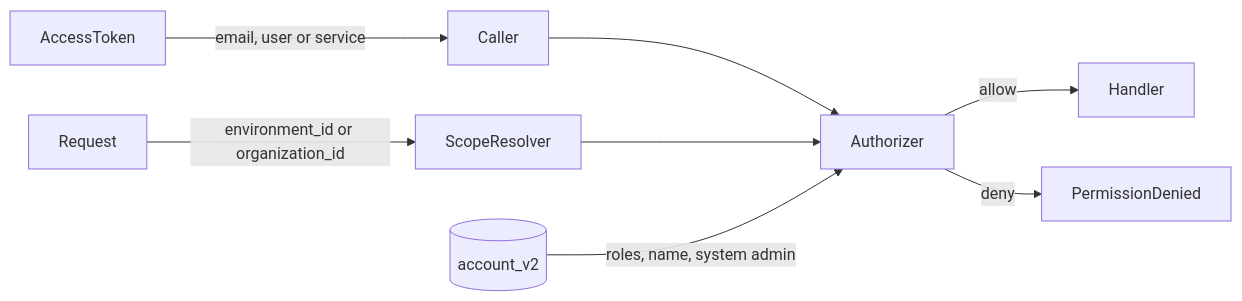
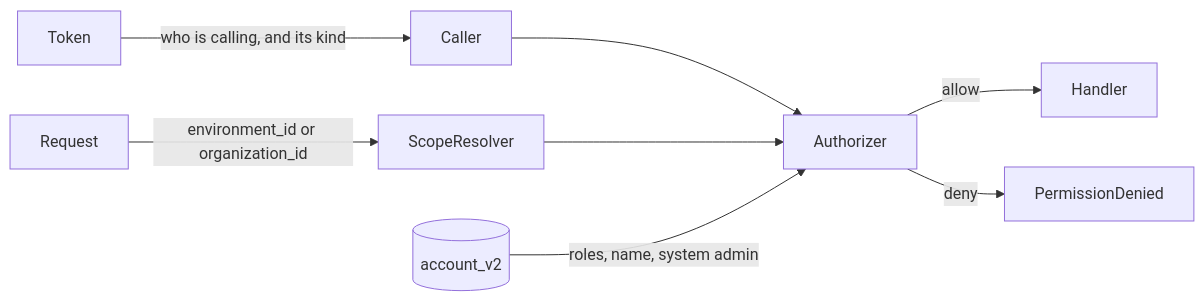
Before and after one commit to bucketeer-io/bucketeer: the first of 4 diagrams in docs/rfcs/0050-slim-access-token.md, drawn with Mermaid. The commit also changed other lines of this file, not shown here.

First line of the commit message:
docs(rfc): add per-service and delegated tokens to RFC 0050

````diff
--- a/docs/rfcs/0050-slim-access-token.md
+++ b/docs/rfcs/0050-slim-access-token.md
@@ -81,10 +103,10 @@
 ```mermaid
 flowchart LR
-    Token[AccessToken] -->|"email, user or service"| Caller[Caller]
+    Token[Token] -->|"who is calling, and its kind"| Caller[Caller]
     Request[Request] -->|"environment_id or organization_id"| Scope[ScopeResolver]
     Caller --> Authorizer
     Scope --> Authorizer
     Accounts[("account_v2")] -->|"roles, name, system admin"| Authorizer
     Authorizer -->|allow| Handler
     Authorizer -->|deny| Denied[PermissionDenied]
 ```
````
